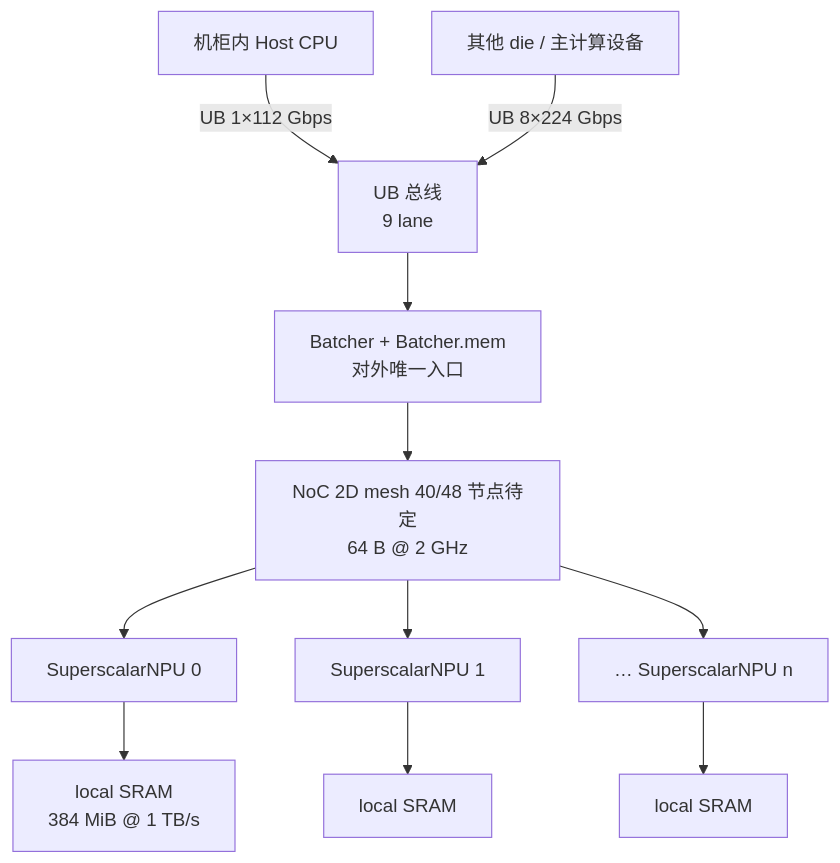
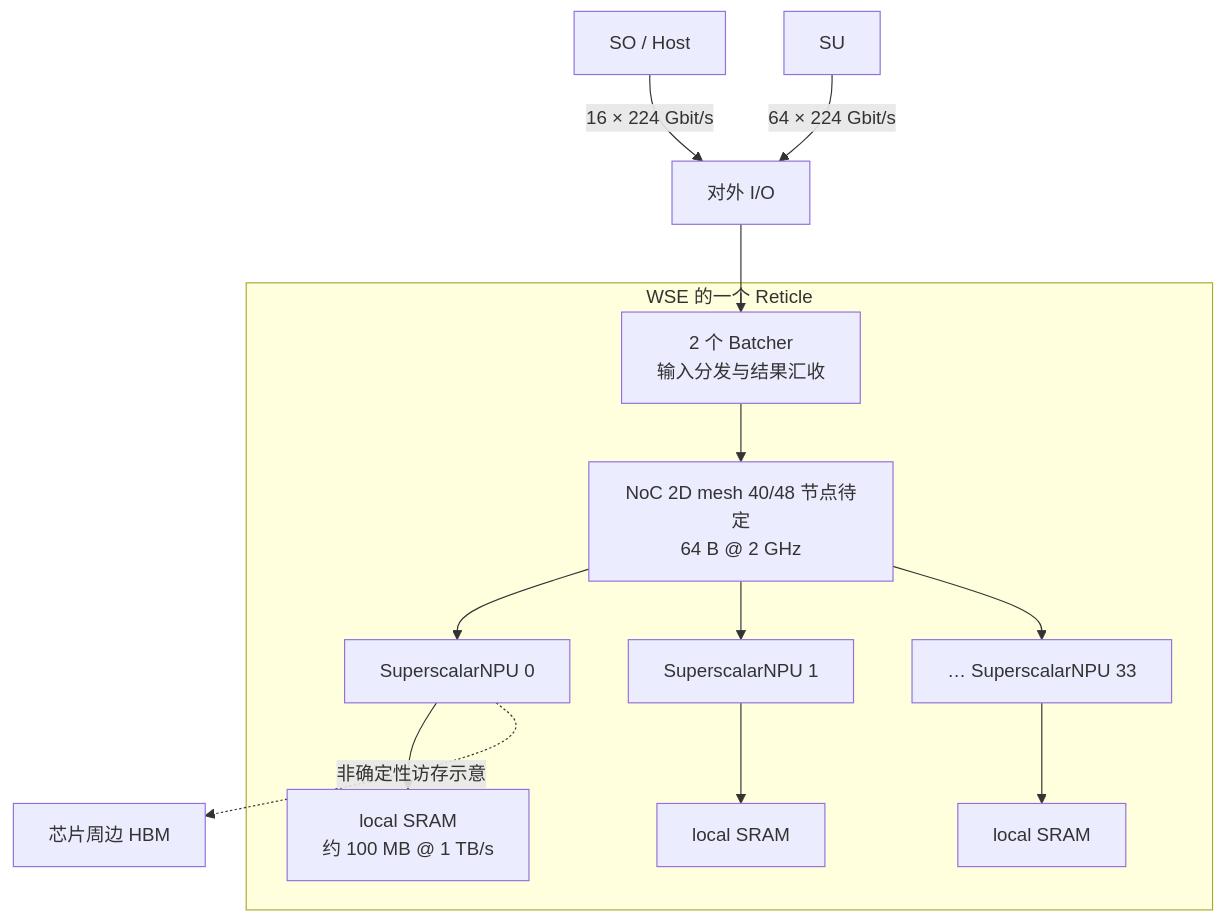
Before and after one commit to PTO-ISA/wse-model: the first of 9 diagrams in docs/design/wse-system-architecture-whitepaper.md, drawn with Mermaid. The commit also changed other lines of this file and 4 other files, not shown here.

Commit message:
docs: update WSE decode architecture whitepaper to v0.3 (#5)

````diff
--- a/docs/design/wse-system-architecture-whitepaper.md
+++ b/docs/design/wse-system-architecture-whitepaper.md
@@ -97,13 +103,17 @@
 ```mermaid
 flowchart TD
-  HOST[机柜内 Host CPU] -->|UB 1×112 Gbps| UBN[UB 总线<br/>9 lane]
-  PEER[其他 die / 主计算设备] -->|UB 8×224 Gbps| UBN
-  UBN --> BAT[Batcher + Batcher.mem<br/>对外唯一入口]
-  BAT --> NOC[NoC 2D mesh 40/48 节点待定<br/>64 B @ 2 GHz]
-  NOC --> C0[SuperscalarNPU 0]
-  NOC --> C1[SuperscalarNPU 1]
-  NOC --> CN[… SuperscalarNPU n]
-  C0 --> M0[local SRAM<br/>384 MiB @ 1 TB/s]
-  C1 --> M1[local SRAM]
-  CN --> MN[local SRAM]
+  HOST[SO / Host] -->|16 × 224 Gbit/s| UBN[对外 I/O]
+  PEER[SU] -->|64 × 224 Gbit/s| UBN
+  subgraph RET["WSE 的一个 Reticle"]
+    BAT[2 个 Batcher<br/>输入分发与结果汇收]
+    BAT --> NOC[NoC 2D mesh 40/48 节点待定<br/>64 B @ 2 GHz]
+    NOC --> C0[SuperscalarNPU 0]
+    NOC --> C1[SuperscalarNPU 1]
+    NOC --> CN[… SuperscalarNPU 33]
+    C0 --> M0[local SRAM<br/>约 100 MB @ 1 TB/s]
+    C1 --> M1[local SRAM]
+    CN --> MN[local SRAM]
+  end
+  UBN --> BAT
+  C0 -. 非确定性访存示意 .-> HBM[芯片周边 HBM]
 ```
````
